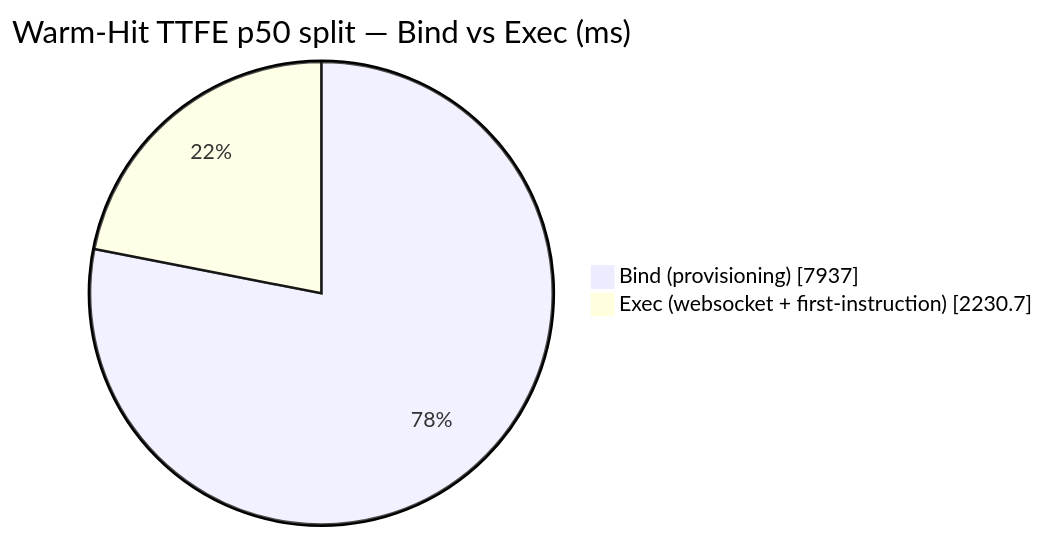
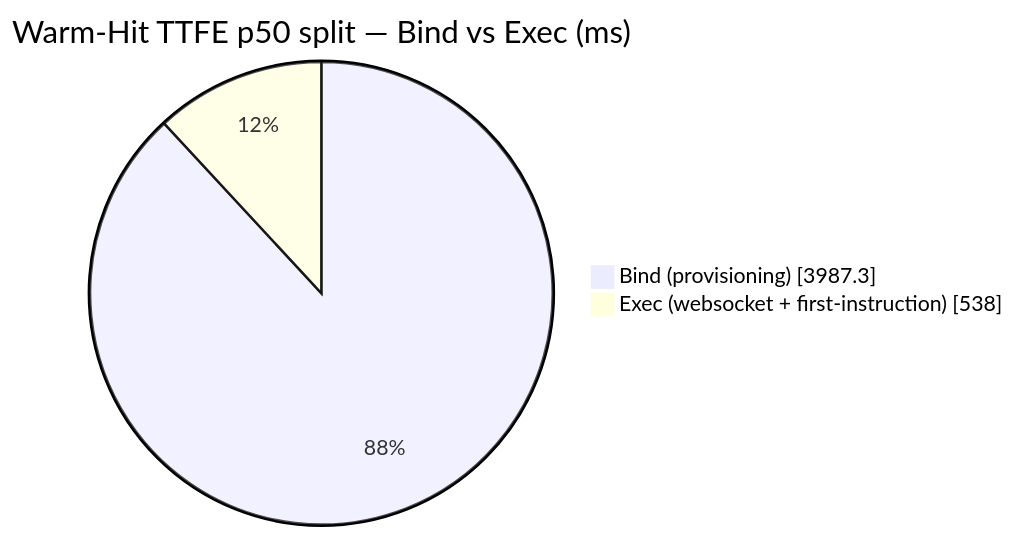
Before and after one commit to AlexBulankou/honest-bench: the diagram in DETAILS.md, drawn with Mermaid. The commit also changed other lines of this file and 4 other files, not shown here.

````diff
--- a/DETAILS.md
+++ b/DETAILS.md
@@ -93,6 +94,6 @@
 ```mermaid
 pie showData
     title Warm-Hit TTFE p50 split — Bind vs Exec (ms)
-    "Bind (provisioning)" : 7937.0
-    "Exec (websocket + first-instruction)" : 2230.7
+    "Bind (provisioning)" : 3987.3
+    "Exec (websocket + first-instruction)" : 538.0
 ```
````
